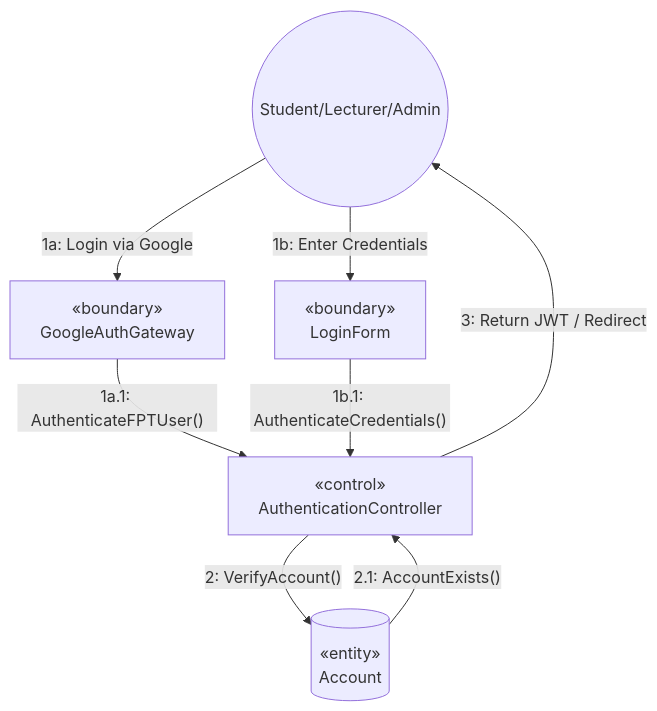
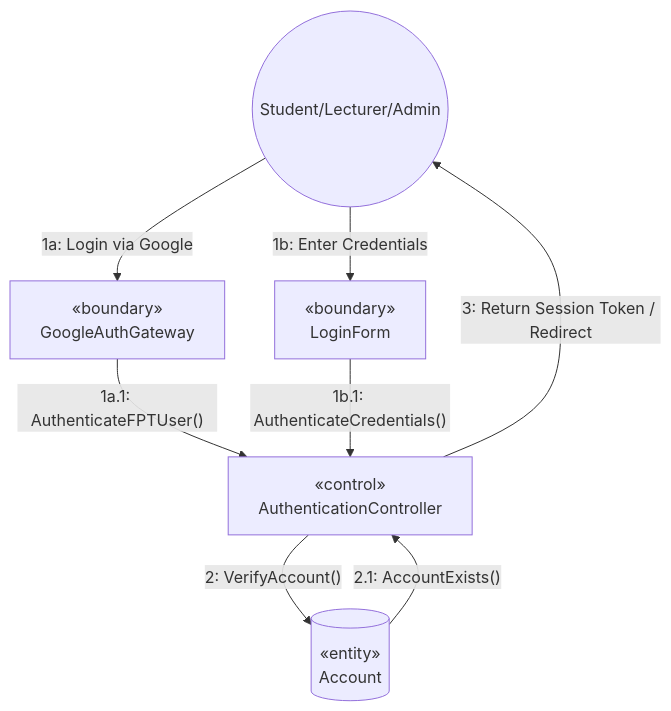
The fourth of 27 diagrams in AFAS_RDS_Document_Part1B_Analysis_models.md (nttung42/SWD392), drawn with Mermaid before and after one commit. The commit also changed other lines of this file and 3 other files, not shown here.

````diff
--- a/AFAS_RDS_Document_Part1B_Analysis_models.md
+++ b/AFAS_RDS_Document_Part1B_Analysis_models.md
@@ -443,19 +440,19 @@
 ```mermaid
 graph TD
     User((Student/Lecturer/Admin))
     LGG[«boundary»<br>GoogleAuthGateway]
     LAF[«boundary»<br>LoginForm]
     AC[«control»<br>AuthenticationController]
     ACC[(«entity»<br>Account)]
 
     %% Connections and Messages
     User -->|"1a: Login via Google"| LGG
     User -->|"1b: Enter Credentials"| LAF
     
     LGG -->|"1a.1: AuthenticateFPTUser()"| AC
     LAF -->|"1b.1: AuthenticateCredentials()"| AC
     
     AC -->|"2: VerifyAccount()"| ACC
     ACC -->|"2.1: AccountExists()"| AC
-    AC -->|"3: Return JWT / Redirect"| User
+    AC -->|"3: Return Session Token / Redirect"| User
 ```
````
